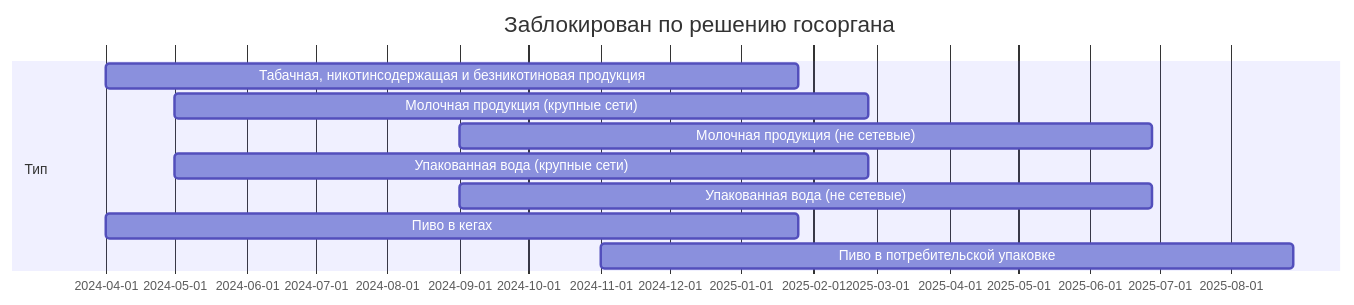
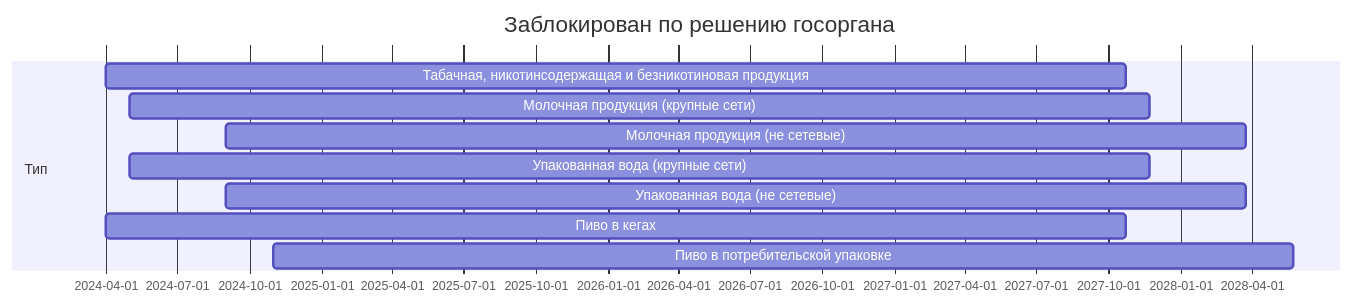
Before and after one commit to itidasoft/wiki: the third of 7 diagrams in imark/ppr1944.md, drawn with Mermaid. The commit also changed other lines of this file, not shown here.

````diff
--- a/imark/ppr1944.md
+++ b/imark/ppr1944.md
@@ -220,13 +220,13 @@
 ```mermaid
 gantt
 	title Заблокирован по решению госоргана
   dateFormat DD-MM-YYYY
   section Тип  
-  	Табачная, никотинсодержащая и безникотиновая продукция          :a1, 01-04-2024, 300d
-    Молочная продукция (крупные сети)    :a2, 01-05-2024, 300d
-    Молочная продукция (не сетевые)    :a3, 01-09-2024, 300d
-    Упакованная вода (крупные сети)   :a4, 01-05-2024, 300d
-    Упакованная вода (не сетевые)   :a5, 01-09-2024, 300d
-    Пиво в кегах       :a6, 01-04-2024, 300d
-    Пиво в потребительской упаковке       :a7, 01-11-2024, 300d
+  	Табачная, никотинсодержащая и безникотиновая продукция          :a1, 01-04-2024, 1300d
+    Молочная продукция (крупные сети)    :a2, 01-05-2024, 1300d
+    Молочная продукция (не сетевые)    :a3, 01-09-2024, 1300d
+    Упакованная вода (крупные сети)   :a4, 01-05-2024, 1300d
+    Упакованная вода (не сетевые)   :a5, 01-09-2024, 1300d
+    Пиво в кегах       :a6, 01-04-2024, 1300d
+    Пиво в потребительской упаковке       :a7, 01-11-2024, 1300d
 ```
````
